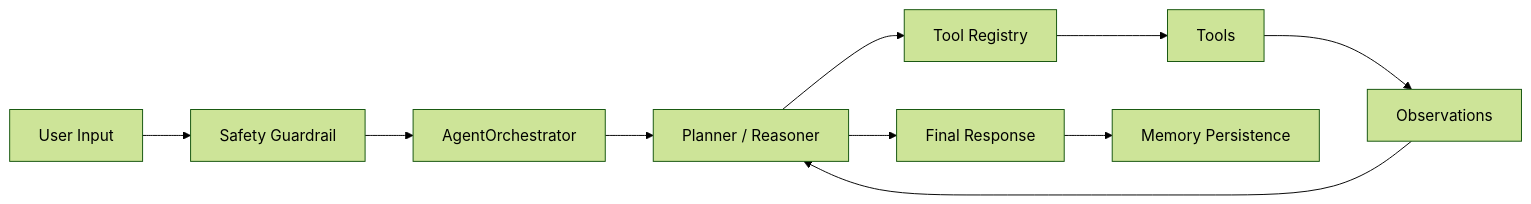
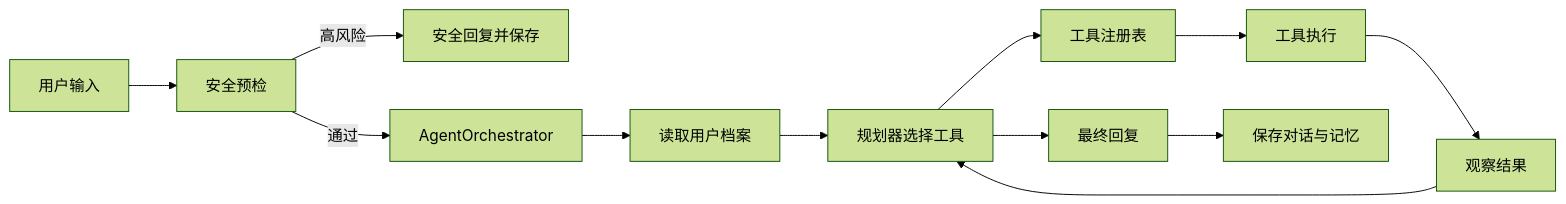
One commit to xli561980-ship-it/psmf-agent changed the diagram in docs/solution-overview.md. Above: the diagram before and after it, drawn with Mermaid (forest theme). The commit also changed other lines of this file and 3 other files, not shown here.

````diff
--- a/docs/solution-overview.md
+++ b/docs/solution-overview.md
@@ -29,12 +29,14 @@
 ```mermaid
 flowchart LR
-    U["User Input"] --> S["Safety Guardrail"]
-    S --> O["AgentOrchestrator"]
-    O --> P["Planner / Reasoner"]
-    P --> R["Tool Registry"]
-    R --> T["Tools"]
-    T --> OB["Observations"]
+    U["用户输入"] --> S["安全预检"]
+    S -->|"高风险"| SF["安全回复并保存"]
+    S -->|"通过"| O["AgentOrchestrator"]
+    O --> L["读取用户档案"]
+    L --> P["规划器选择工具"]
+    P --> R["工具注册表"]
+    R --> T["工具执行"]
+    T --> OB["观察结果"]
     OB --> P
-    P --> F["Final Response"]
-    F --> M["Memory Persistence"]
+    P --> F["最终回复"]
+    F --> M["保存对话与记忆"]
 ```
````
